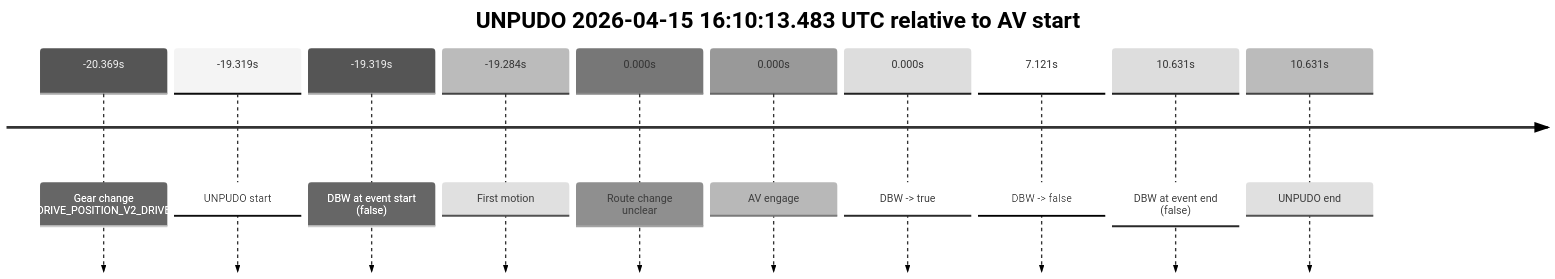
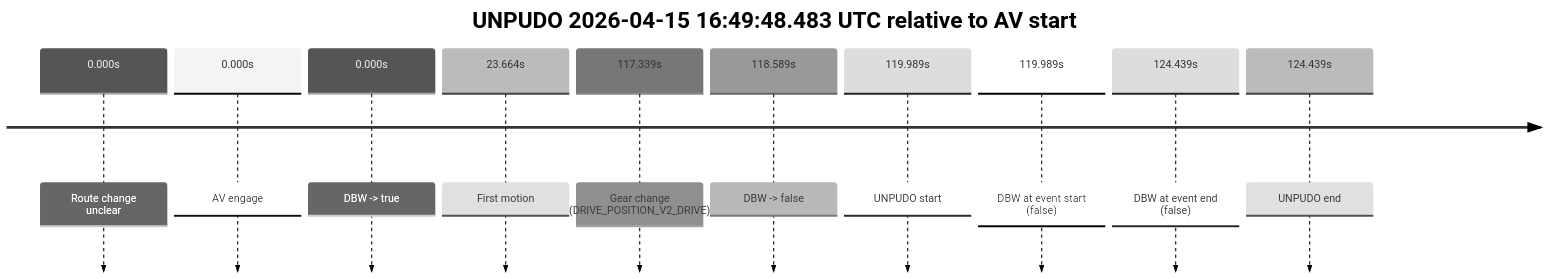
One commit to yoelshapiro/vault changed the sixth of 18 diagrams in model_analysis/report_cards/2026/04/Week-3/fme10011--2026-04-15--15-39-22--gen2-av-1eff82a8-d97f-4d8e-be75-4f5d130fd5f1.md. Above: the diagram before and after it, drawn with Mermaid (neutral theme). The commit also changed other lines of this file and 41 other files, not shown here.

````diff
--- a/model_analysis/report_cards/2026/04/Week-3/fme10011--2026-04-15--15-39-22--gen2-av-1eff82a8-d97f-4d8e-be75-4f5d130fd5f1.md
+++ b/model_analysis/report_cards/2026/04/Week-3/fme10011--2026-04-15--15-39-22--gen2-av-1eff82a8-d97f-4d8e-be75-4f5d130fd5f1.md
@@ -132,14 +516,14 @@
 ```mermaid
 timeline
-    title UNPUDO 2026-04-15 16:10:13.483 UTC relative to AV start
-    -20.369s : Gear change (DRIVE_POSITION_V2_DRIVE)
-    -19.319s : UNPUDO start
-    -19.319s : DBW at event start (false)
-    -19.284s : First motion
+    title UNPUDO 2026-04-15 16:49:48.483 UTC relative to AV start
     0.000s : Route change unclear
     0.000s : AV engage
     0.000s : DBW -> true
-    7.121s : DBW -> false
-    10.631s : DBW at event end (false)
-    10.631s : UNPUDO end
+    23.664s : First motion
+    117.339s : Gear change (DRIVE_POSITION_V2_DRIVE)
+    118.589s : DBW -> false
+    119.989s : UNPUDO start
+    119.989s : DBW at event start (false)
+    124.439s : DBW at event end (false)
+    124.439s : UNPUDO end
 ```
````
